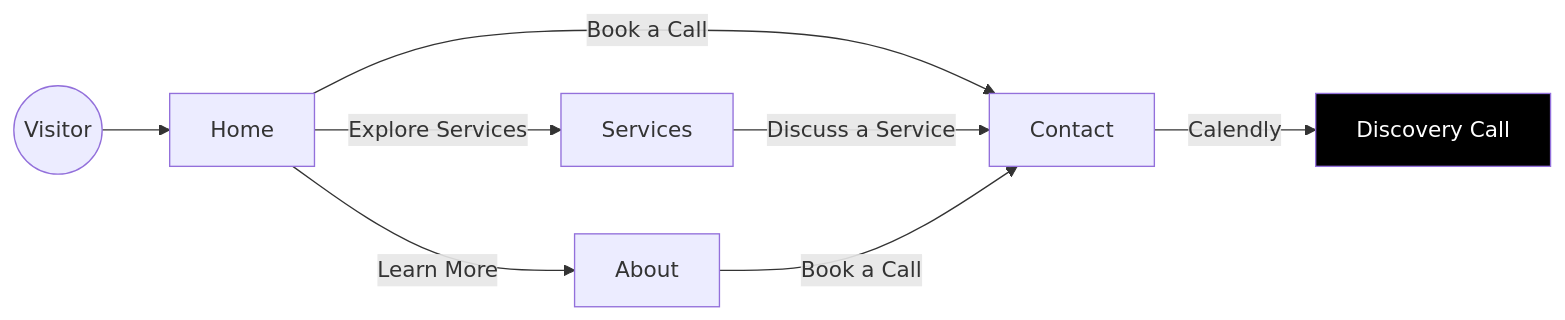
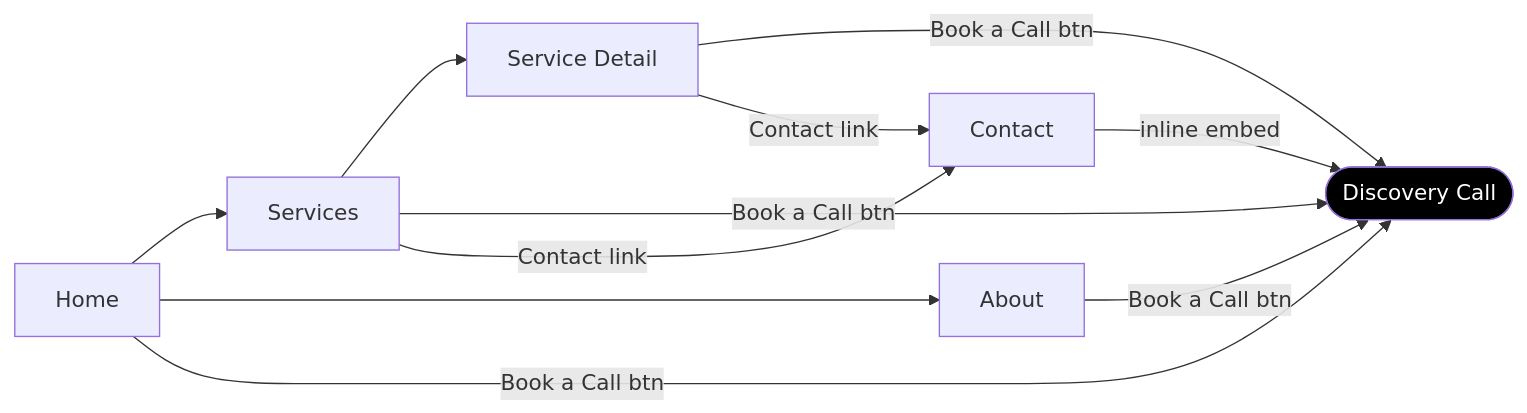
One commit to cmin764/wandercode changed the diagram in README.md. Above: the diagram before and after it, drawn with Mermaid. The commit also changed other lines of this file and 20 other files, not shown here.

````diff
--- a/README.md
+++ b/README.md
@@ -52,15 +42,9 @@
 ```mermaid
 flowchart LR
-    V((Visitor)) --> Home
-
-    Home -->|Explore Services| Services
-    Home -->|Book a Call| Contact
-    Home -->|Learn More| About
-
-    Services -->|Discuss a Service| Contact
-    About -->|Book a Call| Contact
-
-    Contact -->|Calendly| Book["Discovery Call"]
+    Home --> Services --> Detail["Service Detail"]
+    Home --> About
+    Home & Services & About & Detail -->|Book a Call btn| Book(["Discovery Call"])
+    Services & Detail -->|Contact link| Contact -->|inline embed| Book
 
     style Book fill:#000,color:#fff
 ```
````
